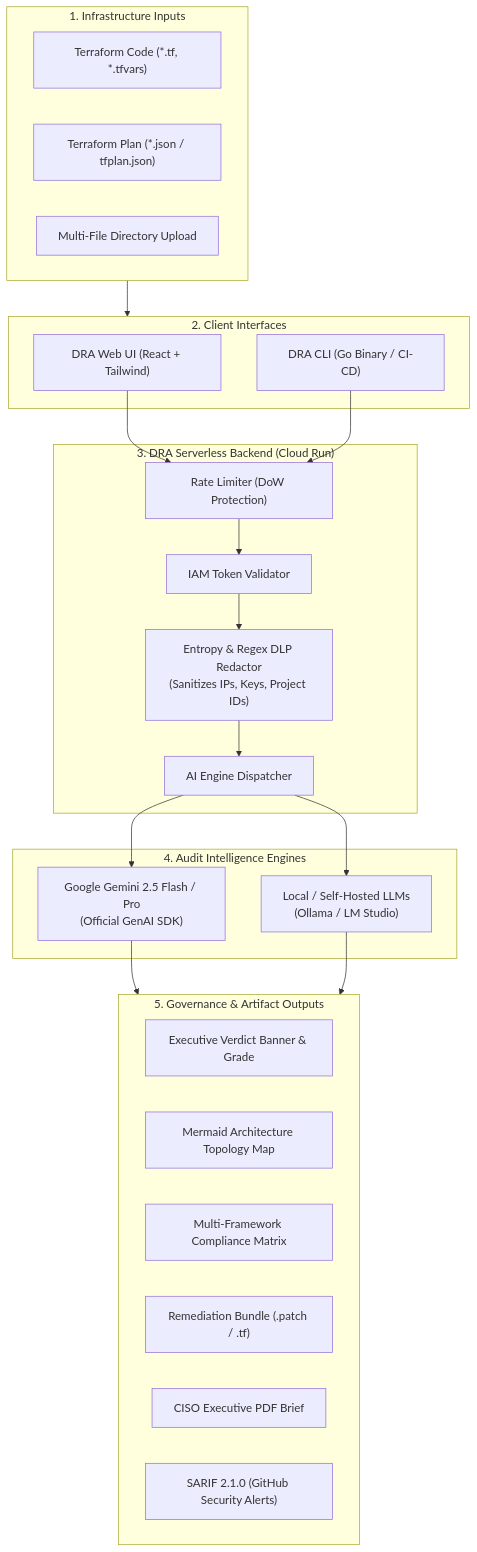
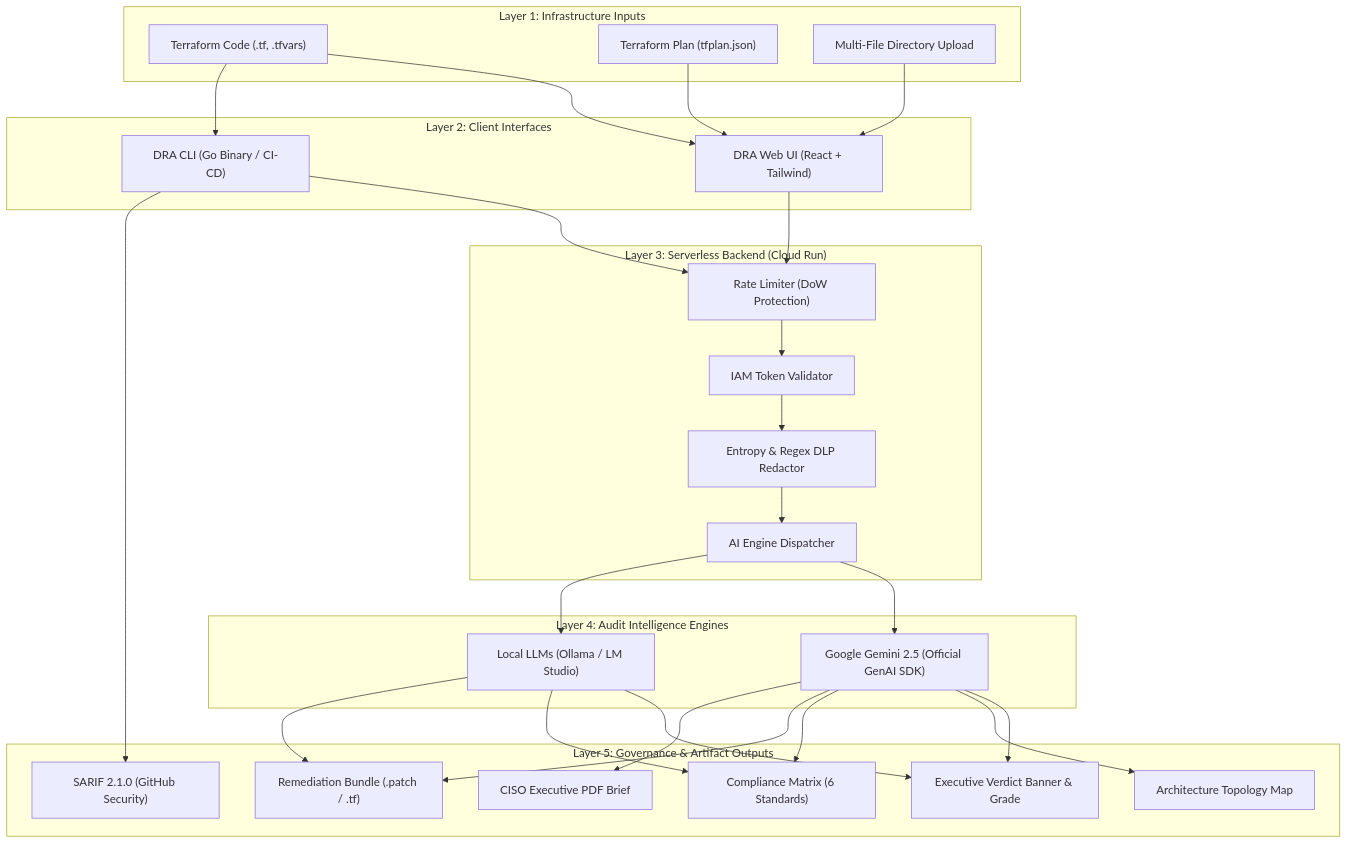
Before and after one commit to damian-sztankowski/Deployment-Readiness-Auditor: the diagram in README.md, drawn with Mermaid. The commit also changed 2 other files, not shown here.

Commit message:
fix(mermaid): prevent Unsupported markdown list error by formatting subgraph titles as Layer prefixes

````diff
--- a/README.md
+++ b/README.md
@@ -74,45 +74,60 @@
 ```mermaid
 flowchart TD
-    subgraph Inputs["1. Infrastructure Inputs"]
-        TF["Terraform Code (*.tf, *.tfvars)"]
-        PLAN["Terraform Plan (*.json / tfplan.json)"]
+    subgraph S_Inputs["Layer 1: Infrastructure Inputs"]
+        TF["Terraform Code (.tf, .tfvars)"]
+        PLAN["Terraform Plan (tfplan.json)"]
         DIR["Multi-File Directory Upload"]
     end
 
-    subgraph ClientLayer["2. Client Interfaces"]
+    subgraph S_Client["Layer 2: Client Interfaces"]
         WEB["DRA Web UI (React + Tailwind)"]
         CLI["DRA CLI (Go Binary / CI-CD)"]
     end
 
-    subgraph Backend["3. DRA Serverless Backend (Cloud Run)"]
+    subgraph S_Backend["Layer 3: Serverless Backend (Cloud Run)"]
         RATE["Rate Limiter (DoW Protection)"]
         AUTH["IAM Token Validator"]
-        DLP["Entropy & Regex DLP Redactor<br/>(Sanitizes IPs, Keys, Project IDs)"]
+        DLP["Entropy & Regex DLP Redactor"]
         PROXY["AI Engine Dispatcher"]
     end
 
-    subgraph Intelligence["4. Audit Intelligence Engines"]
-        GEMINI["Google Gemini 2.5 Flash / Pro<br/>(Official GenAI SDK)"]
-        LOCAL["Local / Self-Hosted LLMs<br/>(Ollama / LM Studio)"]
+    subgraph S_AI["Layer 4: Audit Intelligence Engines"]
+        GEMINI["Google Gemini 2.5 (Official GenAI SDK)"]
+        LOCAL["Local LLMs (Ollama / LM Studio)"]
     end
 
-    subgraph OutputLayer["5. Governance & Artifact Outputs"]
+    subgraph S_Outputs["Layer 5: Governance & Artifact Outputs"]
         VERDICT["Executive Verdict Banner & Grade"]
-        TOPOLOGY["Mermaid Architecture Topology Map"]
-        COMPLIANCE["Multi-Framework Compliance Matrix"]
+        TOPOLOGY["Architecture Topology Map"]
+        COMPLIANCE["Compliance Matrix (6 Standards)"]
         BUNDLE["Remediation Bundle (.patch / .tf)"]
         PDF["CISO Executive PDF Brief"]
-        SARIF["SARIF 2.1.0 (GitHub Security Alerts)"]
+        SARIF["SARIF 2.1.0 (GitHub Security)"]
     end
 
-    Inputs --> ClientLayer
+    TF --> WEB
+    TF --> CLI
+    PLAN --> WEB
+    DIR --> WEB
+
     WEB --> RATE
     CLI --> RATE
     RATE --> AUTH
     AUTH --> DLP
     DLP --> PROXY
+
     PROXY --> GEMINI
     PROXY --> LOCAL
-    GEMINI --> OutputLayer
-    LOCAL --> OutputLayer
+
+    GEMINI --> VERDICT
+    GEMINI --> TOPOLOGY
+    GEMINI --> COMPLIANCE
+    GEMINI --> BUNDLE
+    GEMINI --> PDF
+
+    LOCAL --> VERDICT
+    LOCAL --> COMPLIANCE
+    LOCAL --> BUNDLE
+
+    CLI --> SARIF
 ```
````
